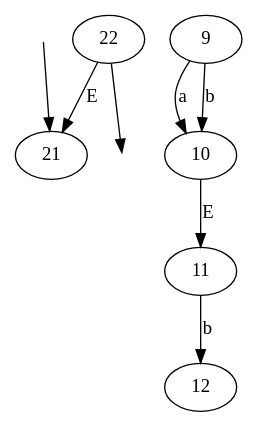
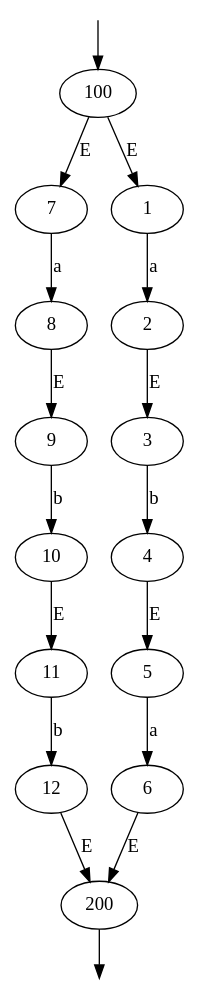
Before and after one commit to belcadilina-lab/automate: the diagram in automate_utilisateur.dot, drawn with Graphviz. The commit also changed 3 other files, not shown here.

```diff
--- a/automate_utilisateur.dot
+++ b/automate_utilisateur.dot
@@ -1,11 +1,20 @@
 digraph G {
 init [shape=point shape=point style=filled, fillcolor=white color=white];
 fin [shape=point shape=point style=filled, fillcolor=white color=white];
-init -> 21;
-9 -> 10 [label="a"];
+init -> 100;
+7 -> 8 [label="a"];
+9 -> 10 [label="b"];
+8 -> 9 [label="E"];
 11 -> 12 [label="b"];
 10 -> 11 [label="E"];
-9 -> 10 [label="b"];
-22 -> 21 [label="E"];
-22 -> fin;
+1 -> 2 [label="a"];
+3 -> 4 [label="b"];
+2 -> 3 [label="E"];
+5 -> 6 [label="a"];
+4 -> 5 [label="E"];
+100 -> 7 [label="E"];
+100 -> 1 [label="E"];
+12 -> 200 [label="E"];
+6 -> 200 [label="E"];
+200 -> fin;
 }
```
